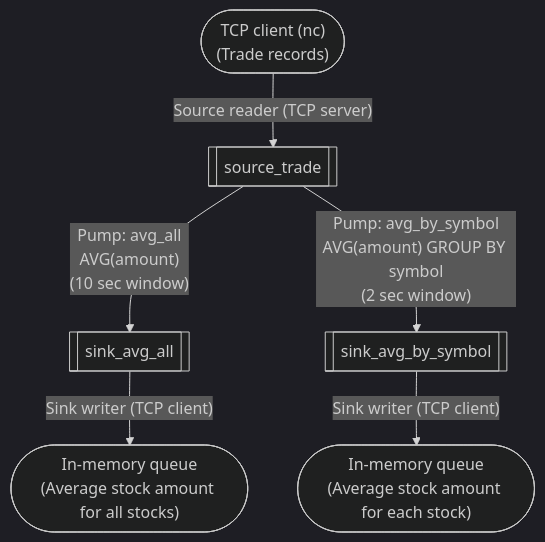
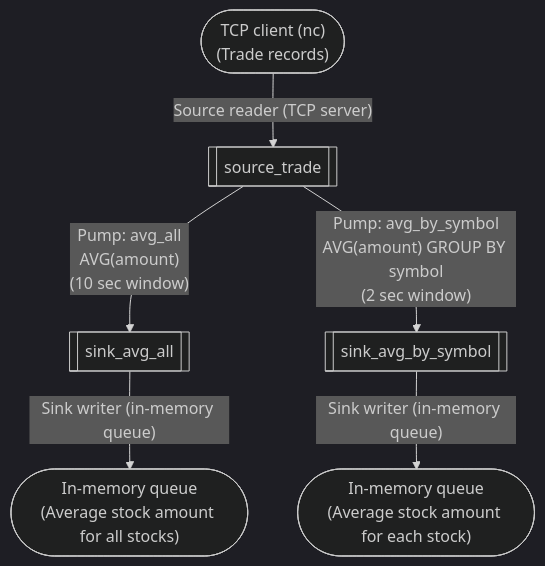
Before and after one commit to SpringQL/SpringQL.github.io: the second of 2 diagrams in docs/get-started/write-basic-apps.mdx, drawn with Mermaid (dark theme). The commit also changed other lines of this file, not shown here.

````diff
--- a/docs/get-started/write-basic-apps.mdx
+++ b/docs/get-started/write-basic-apps.mdx
@@ -298,12 +298,12 @@
 ```mermaid
 graph TB
     fsrc(["TCP client (nc)<br>(Trade records)"]) -- "Source reader (TCP server)" -->
 
     src[[source_trade]] -- "Pump: avg_all<br>AVG(amount)<br>(10 sec window)" -->
-    sink_all[[sink_avg_all]] -- "Sink writer (TCP client)" -->
+    sink_all[[sink_avg_all]] -- "Sink writer (in-memory queue)" -->
     fsink_all(["In-memory queue<br>(Average stock amount for all stocks)"])
 
     src[[source_trade]] -- "Pump: avg_by_symbol<br>AVG(amount) GROUP BY symbol<br>(2 sec window)" -->
-    sink_avg_by_stock[[sink_avg_by_symbol]] -- "Sink writer (TCP client)" -->
+    sink_avg_by_stock[[sink_avg_by_symbol]] -- "Sink writer (in-memory queue)" -->
     fsink_by_stock(["In-memory queue<br>(Average stock amount for each stock)"])
 ```
````
